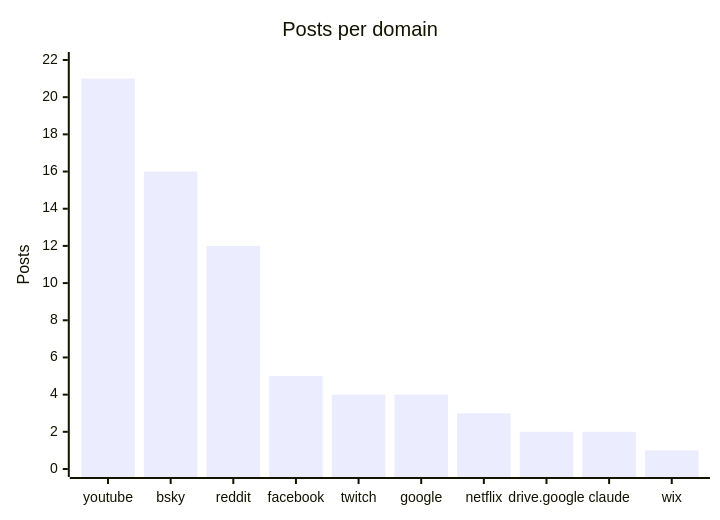
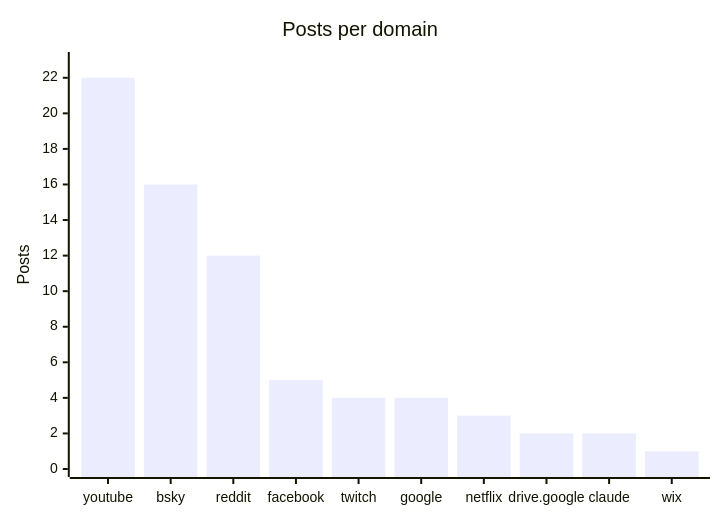
Before and after one commit to martinbalfanz/social-scanner-reports: the fourth of 4 diagrams in README.md, drawn with Mermaid. The commit also changed other lines of this file and 1 other file, not shown here.

````diff
--- a/README.md
+++ b/README.md
@@ -58,7 +58,7 @@
 ```mermaid
 xychart-beta
     title "Posts per domain"
     x-axis ["youtube", "bsky", "reddit", "facebook", "twitch", "google", "netflix", "drive.google", "claude", "wix"]
-    y-axis "Posts" 0 --> 22
-    bar [21, 16, 12, 5, 4, 4, 3, 2, 2, 1]
+    y-axis "Posts" 0 --> 23
+    bar [22, 16, 12, 5, 4, 4, 3, 2, 2, 1]
 ```
````
